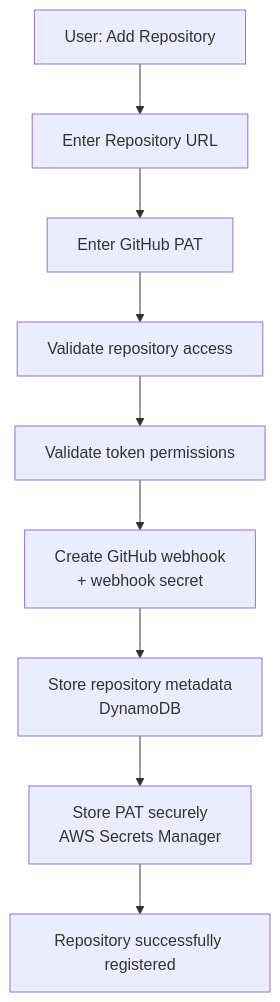
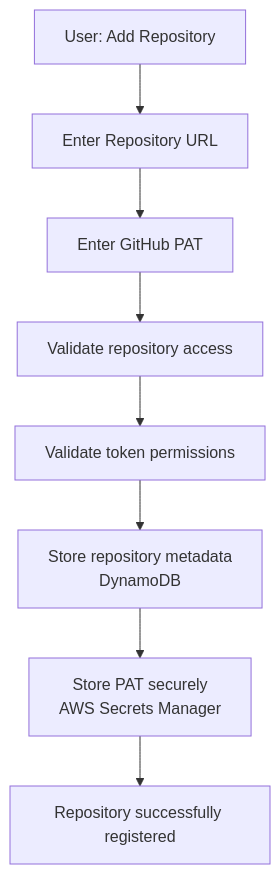
Before and after one commit to teddynted/ai-github-repository-blog-generator: the first of 5 diagrams in README.md, drawn with Mermaid. The commit also changed other lines of this file and 3 other files, not shown here.

````diff
--- a/README.md
+++ b/README.md
@@ -194,11 +186,10 @@
 ```mermaid
 flowchart TB
     U[User: Add Repository] --> URL[Enter Repository URL]
     URL --> PAT[Enter GitHub PAT]
     PAT --> VA[Validate repository access]
     VA --> VP[Validate token permissions]
-    VP --> WH[Create GitHub webhook<br/>+ webhook secret]
-    WH --> META[Store repository metadata<br/>DynamoDB]
+    VP --> META[Store repository metadata<br/>DynamoDB]
     META --> SEC[Store PAT securely<br/>AWS Secrets Manager]
     SEC --> DONE[Repository successfully registered]
 ```
````
